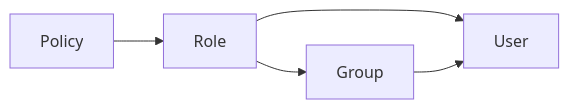
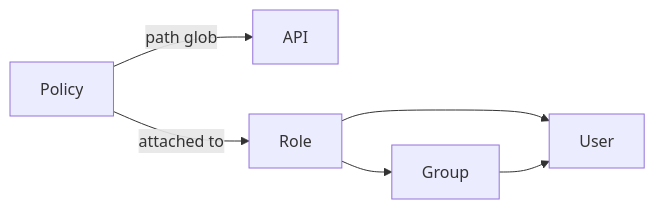
One commit to taskmigo/docs changed the diagram in content/versions/v0/manifests/v0-policy.mdx. Above: the diagram before and after it, drawn with Mermaid. The commit also changed other lines of this file and 5 other files, not shown here.

````diff
--- a/content/versions/v0/manifests/v0-policy.mdx
+++ b/content/versions/v0/manifests/v0-policy.mdx
@@ -16,7 +18,8 @@
 ```mermaid
 flowchart LR
-  policy["Policy"] --> role["Role"]
+  policy["Policy"] -->|path glob| api["API"]
+  policy -->|attached to| role["Role"]
   role --> user["User"]
   role --> group["Group"]
   group --> user
 ```
````
